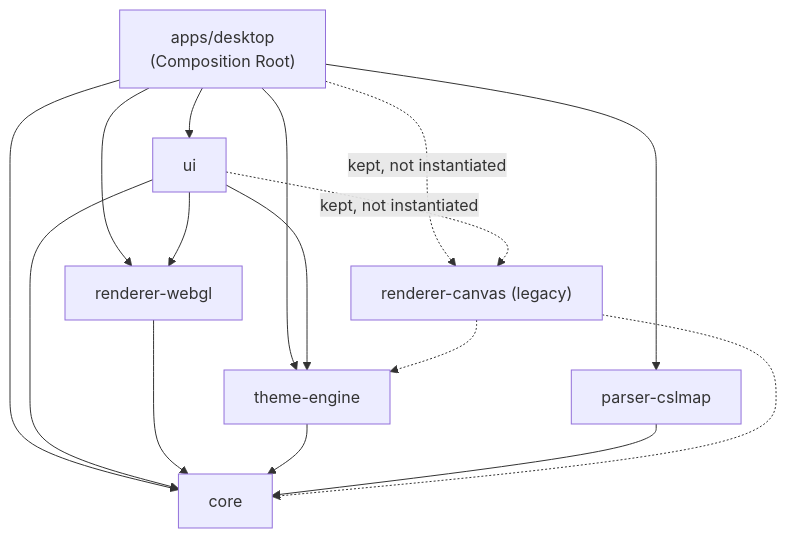
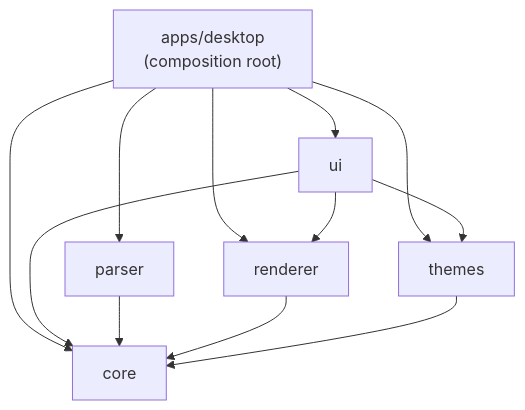
Before and after one commit to sebas-tcotd/vellum: the second of 2 diagrams in README.md, drawn with Mermaid. The commit also changed other lines of this file and 2 other files, not shown here.

````diff
--- a/README.md
+++ b/README.md
@@ -56,22 +121,14 @@
 ```mermaid
 graph TD
-  desktop["apps/desktop<br/>(Composition Root)"] --> ui
+  desktop["apps/desktop<br/>(composition root)"] --> ui
+  desktop --> parser
+  desktop --> renderer
+  desktop --> themes
   desktop --> core
-  desktop --> parser-cslmap
-  desktop --> renderer-webgl
-  desktop --> theme-engine
-
+  ui --> renderer
+  ui --> themes
   ui --> core
-  ui --> renderer-webgl
-  ui --> theme-engine
-
-  renderer-webgl --> core
-
-  theme-engine --> core
-  parser-cslmap --> core
-
-  desktop -.->|kept, not instantiated| renderer-canvas["renderer-canvas (legacy)"]
-  ui -.->|kept, not instantiated| renderer-canvas
-  renderer-canvas -.-> core
-  renderer-canvas -.-> theme-engine
+  parser --> core
+  renderer --> core
+  themes --> core
 ```
````
